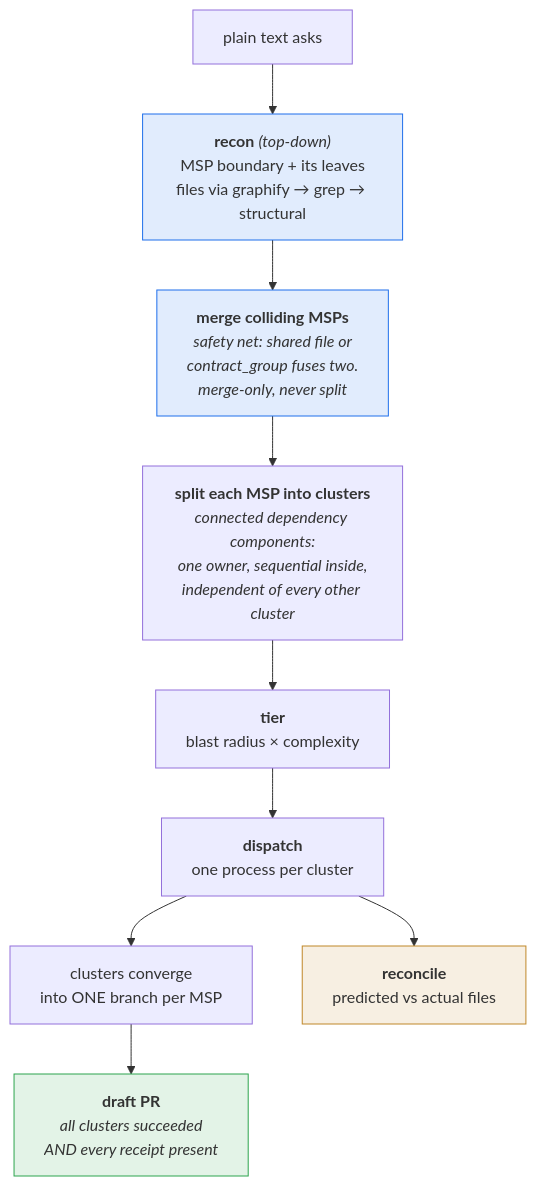
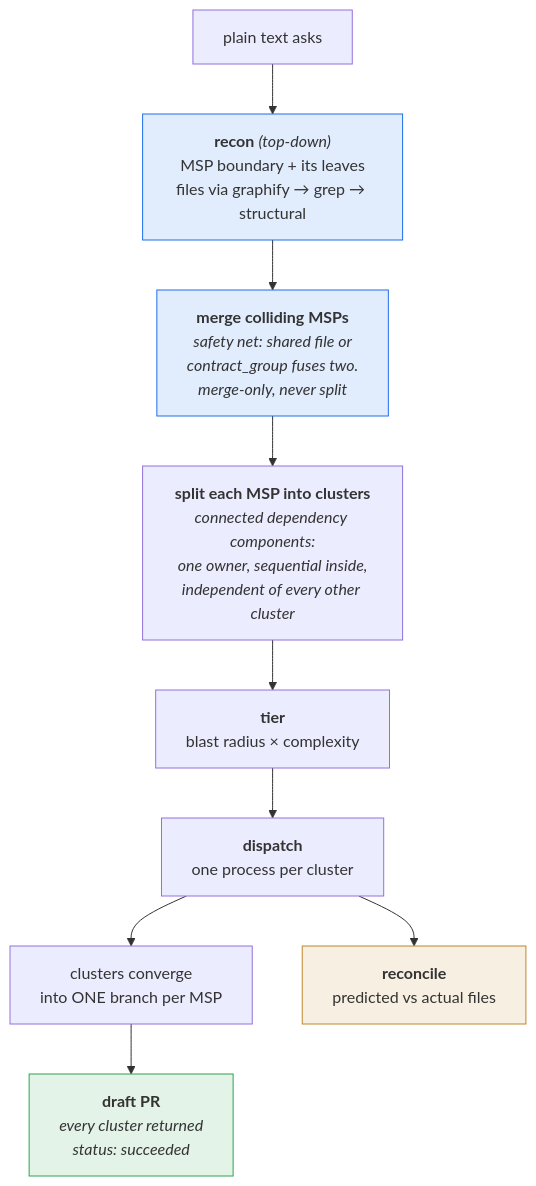
Before and after one commit to shaheershoaib/fanout: the diagram in SPEC.md, drawn with Mermaid. The commit also changed other lines of this file and 2 other files, not shown here.

````diff
--- a/SPEC.md
+++ b/SPEC.md
@@ -55,16 +55,16 @@
 ```mermaid
 flowchart TB
   A["plain text asks"] --> R["<b>recon</b> <i>(top-down)</i><br/>MSP boundary + its leaves<br/>files via graphify → grep → structural"]
   R --> G["<b>merge colliding MSPs</b><br/><i>safety net: shared file or<br/>contract_group fuses two.<br/>merge-only, never split</i>"]
   G --> S["<b>split each MSP into clusters</b><br/><i>connected dependency components:<br/>one owner, sequential inside,<br/>independent of every other cluster</i>"]
   S --> T["<b>tier</b><br/>blast radius × complexity"]
   T --> D["<b>dispatch</b><br/>one process per cluster"]
   D --> B["clusters converge<br/>into ONE branch per MSP"]
-  B --> P["<b>draft PR</b><br/><i>all clusters succeeded<br/>AND every receipt present</i>"]
+  B --> P["<b>draft PR</b><br/><i>every cluster returned<br/>status: succeeded</i>"]
   D --> C["<b>reconcile</b><br/>predicted vs actual files"]
 
   style R fill:#1f6feb22,stroke:#1f6feb
   style G fill:#1f6feb22,stroke:#1f6feb
   style P fill:#2da44e22,stroke:#2da44e
   style C fill:#bf872922,stroke:#bf8729
 ```
````
